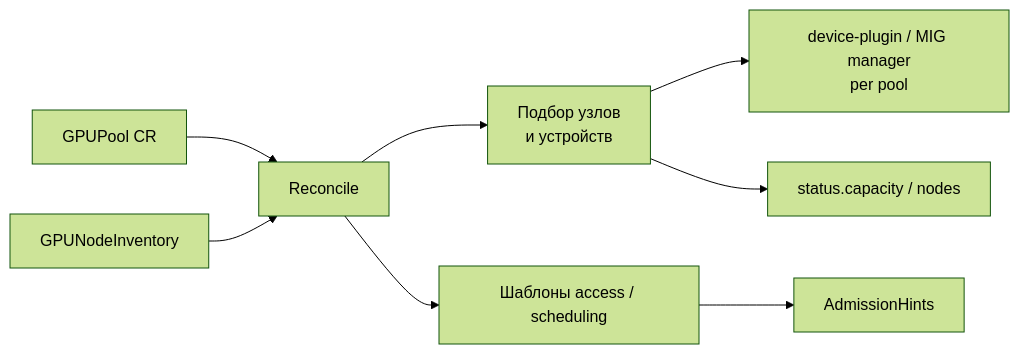
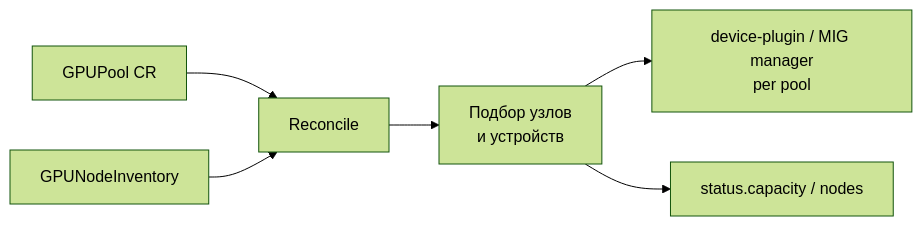
Before and after one commit to aleksandr-podmoskovniy/gpu-control-plane: the fifth of 7 diagrams in docs/adr/ADR-gpu-control-plane.ru.md, drawn with Mermaid (forest theme). The commit also changed other lines of this file and 38 other files, not shown here.

````diff
--- a/docs/adr/ADR-gpu-control-plane.ru.md
+++ b/docs/adr/ADR-gpu-control-plane.ru.md
@@ -803,10 +948,8 @@
 ```mermaid
 flowchart LR
     PoolCR["GPUPool CR"] --> Reconcile
     Inventory["GPUNodeInventory"] --> Reconcile
     Reconcile --> Assignment["Подбор узлов<br/>и устройств"]
     Assignment --> Daemonsets["device-plugin / MIG manager<br/>per pool"]
     Assignment --> StatusUpdate["status.capacity / nodes"]
-    Reconcile --> AccessCfg["Шаблоны access / scheduling"]
-    AccessCfg --> AdmissionHints
 ```
````
